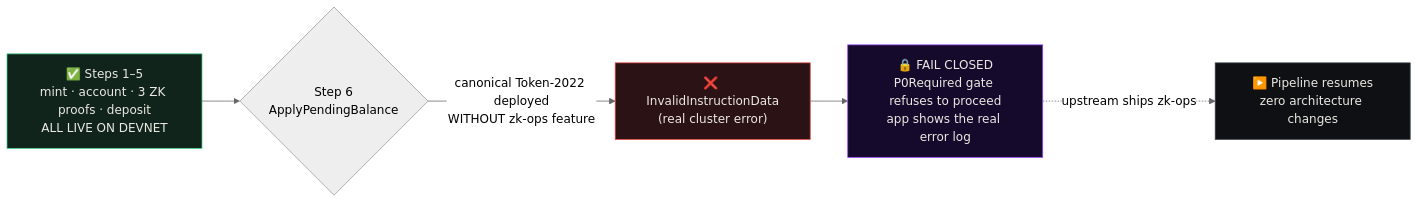
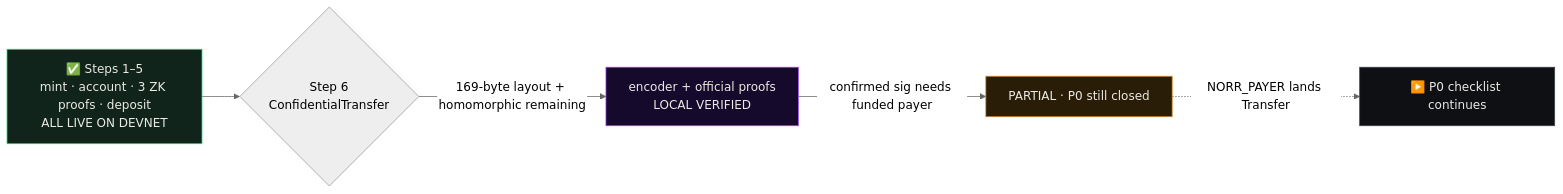
Before and after one commit to ShrikarT/norr: the fourth of 4 diagrams in README.md, drawn with Mermaid (neutral theme). The commit also changed other lines of this file and 14 other files, not shown here.

First line of the commit message:
fix(confidential): official 169-byte Token-2022 Transfer encoder + ZK proof generator

````diff
--- a/README.md
+++ b/README.md
@@ -223,12 +228,12 @@
 ```mermaid
 flowchart LR
-    S15["✅ Steps 1–5<br/>mint · account · 3 ZK proofs · deposit<br/>ALL LIVE ON DEVNET"] --> S6{"Step 6<br/>ApplyPendingBalance"}
-    S6 -->|"canonical Token-2022 deployed<br/>WITHOUT zk-ops feature"| ERR["❌ InvalidInstructionData<br/>(real cluster error)"]
-    ERR --> FC["🔒 FAIL CLOSED<br/>P0Required gate refuses to proceed<br/>app shows the real error log"]
-    FC -.->|"upstream ships zk-ops"| RESUME["▶️ Pipeline resumes<br/>zero architecture changes"]
+    S15["✅ Steps 1–5<br/>mint · account · 3 ZK proofs · deposit<br/>ALL LIVE ON DEVNET"] --> S6{"Step 6<br/>ConfidentialTransfer"}
+    S6 -->|"169-byte layout + homomorphic remaining"| READY["encoder + official proofs<br/>LOCAL VERIFIED"]
+    READY -->|"confirmed sig needs funded payer"| PARTIAL["PARTIAL · P0 still closed"]
+    PARTIAL -.->|"NORR_PAYER lands Transfer"| RESUME["▶️ P0 checklist continues"]
 
     style S15 fill:#10241b,stroke:#3fcf8a,color:#ece9e3
-    style ERR fill:#2b1215,stroke:#e84142,color:#ece9e3
-    style FC fill:#150a2b,stroke:#9945ff,color:#ece9e3
+    style READY fill:#150a2b,stroke:#9945ff,color:#ece9e3
+    style PARTIAL fill:#2a1d08,stroke:#d98a2b,color:#ece9e3
     style RESUME fill:#0e1013,stroke:#3a4048,color:#ece9e3
 ```
````
